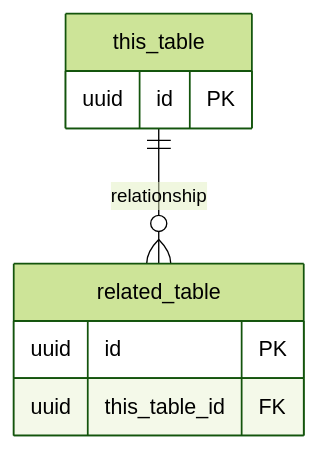
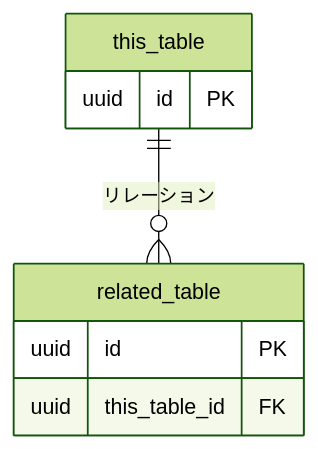
One commit to DIO0550/d-market changed the diagram in plugins/spec-plugin/skills/feature-spec/assets/templates/table.md. Above: the diagram before and after it, drawn with Mermaid (forest theme). The commit also changed other lines of this file and 16 other files, not shown here.

````diff
--- a/plugins/spec-plugin/skills/feature-spec/assets/templates/table.md
+++ b/plugins/spec-plugin/skills/feature-spec/assets/templates/table.md
@@ -36,11 +36,11 @@
 ```mermaid
 erDiagram
-    this_table ||--o{ related_table : "relationship"
+    this_table ||--o{ related_table : "リレーション"
     this_table {
         uuid id PK
     }
     related_table {
         uuid id PK
         uuid this_table_id FK
     }
 ```
````
